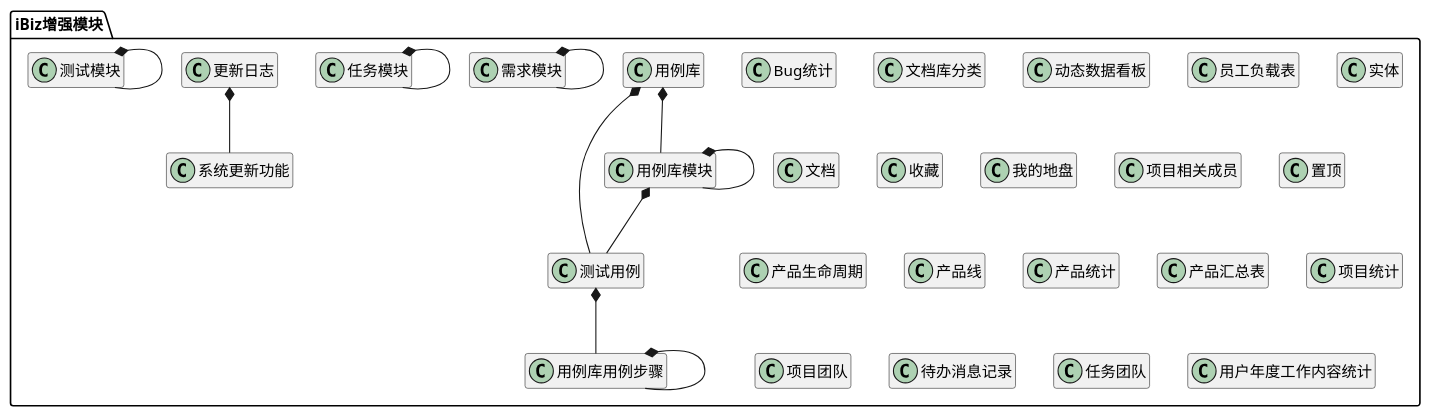
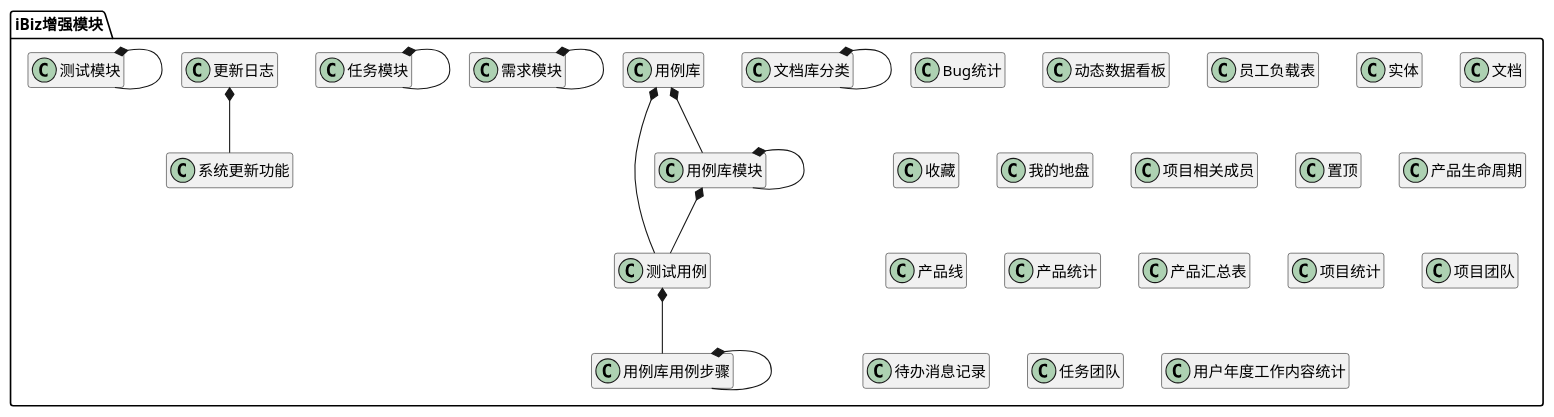
The diagram in ibizpms-docs/src/main/doc/v1/module/ibiz.md (zj335841911/nt_chandao), drawn with PlantUML before and after one commit. The commit also changed 14 other files, not shown here.

```diff
--- a/ibizpms-docs/src/main/doc/v1/module/ibiz.md
+++ b/ibizpms-docs/src/main/doc/v1/module/ibiz.md
@@ -101,6 +101,9 @@
 用例库 *-- 测试用例 
 
 
+文档库分类 *-- 文档库分类 
+
+
 测试用例 *-- 用例库用例步骤 
 
 
```
